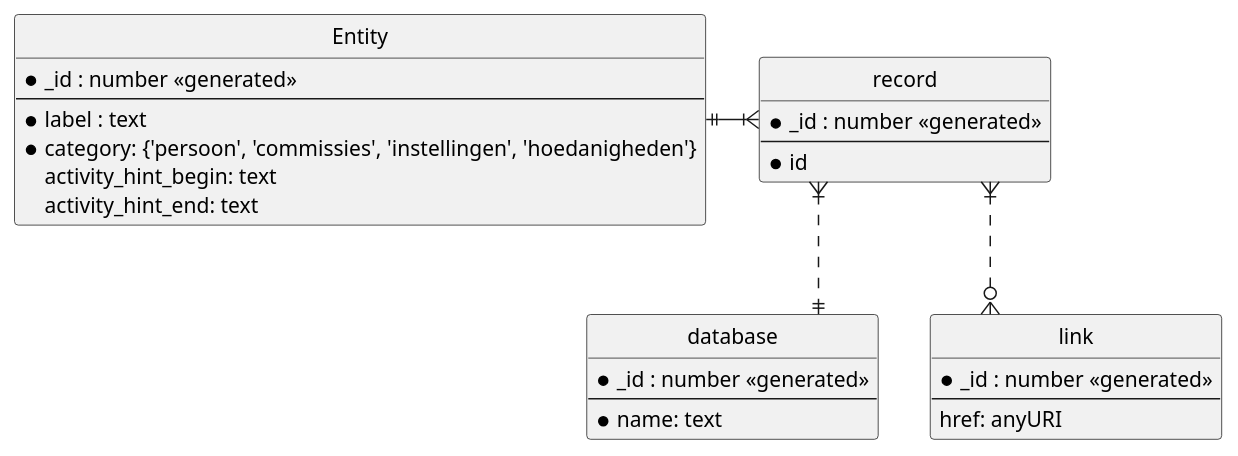
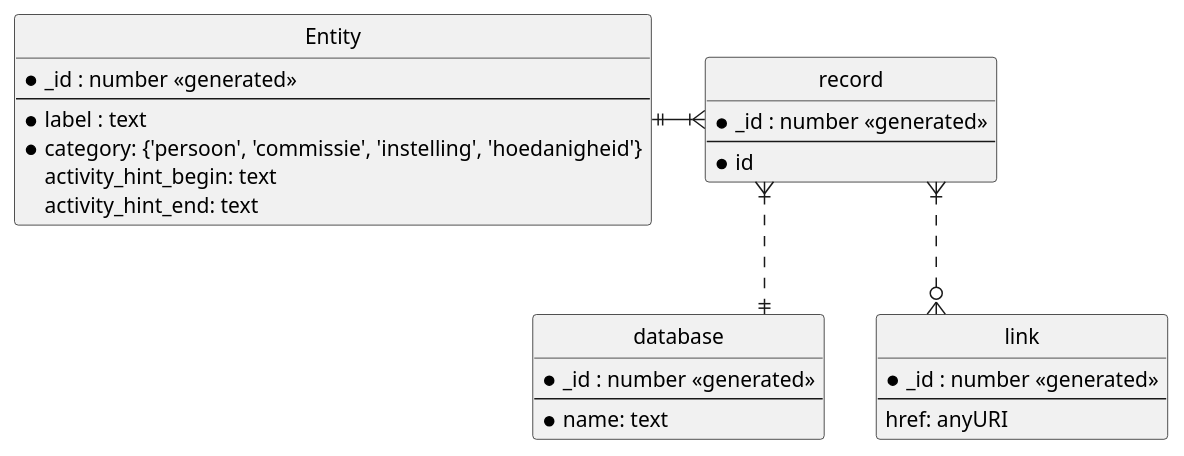
One commit to knaw-huc/persoonsnamen-index changed the diagram in documentation/index-model.plantuml. Above: the diagram before and after it, drawn with PlantUML.

```diff
--- a/documentation/index-model.plantuml
+++ b/documentation/index-model.plantuml
@@ -1,44 +1,44 @@
 @startuml
 
 ' hide the spot
 hide circle
 
 ' avoid problems with angled crows feet
 skinparam linetype ortho
 
 entity "Entity" as e {
   *_id : number <<generated>>
   --
   *label : text
-  *category: {'persoon', 'commissies', 'instellingen', 'hoedanigheden'}
+  *category: {'persoon', 'commissie', 'instelling', 'hoedanigheid'}
   ' hints are years in general
   activity_hint_begin: text 
   activity_hint_end: text
 }
 
 entity "record" as r {
   *_id : number <<generated>>
   --
   * id
 }
 
 entity "database" as db{
   *_id : number <<generated>>
   --
   * name: text
   ' waar leeft de database, etc
  }
 
 entity "link" as l {
   *_id : number <<generated>>
   --
   href: anyURI
 }
 
 
 
 e ||-|{ r
 r }|..|| db
 r }|..o{ l
 
 @enduml
```
